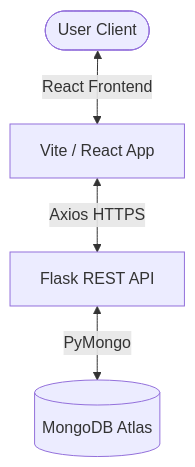
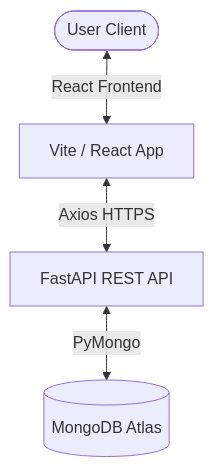
Before and after one commit to NithyaShriSK/Handwritten-invoice-extarction-using-PaddleocrVL1.6: the first of 2 diagrams in README.md, drawn with Mermaid. The commit also changed other lines of this file and 18 other files, not shown here.

````diff
--- a/README.md
+++ b/README.md
@@ -24,6 +23,6 @@
 ```mermaid
 graph TD
     User([User Client]) <-->|React Frontend| FE[Vite / React App]
-    FE <-->|Axios HTTPS| BE[Flask REST API]
+    FE <-->|Axios HTTPS| BE[FastAPI REST API]
     BE <-->|PyMongo| DB[(MongoDB Atlas)]
 ```
````
